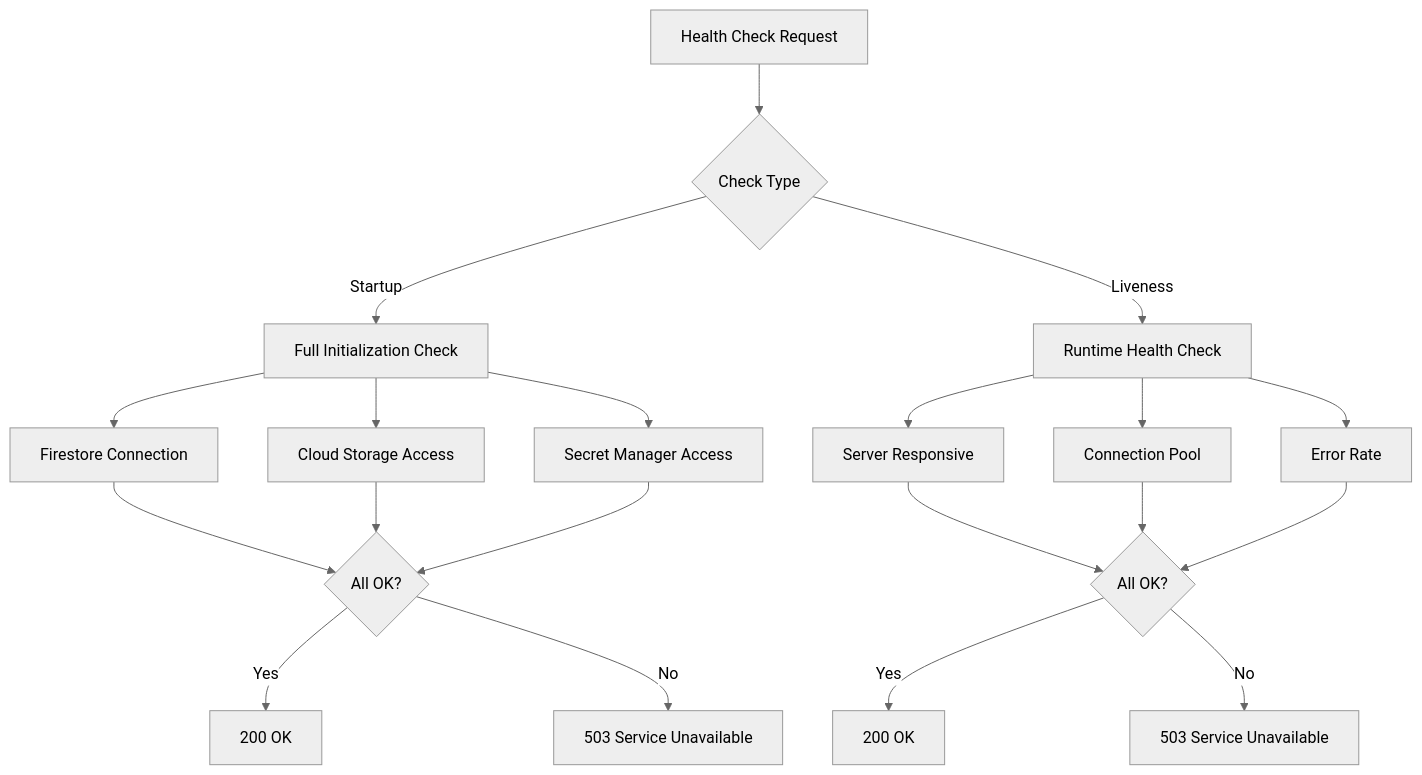
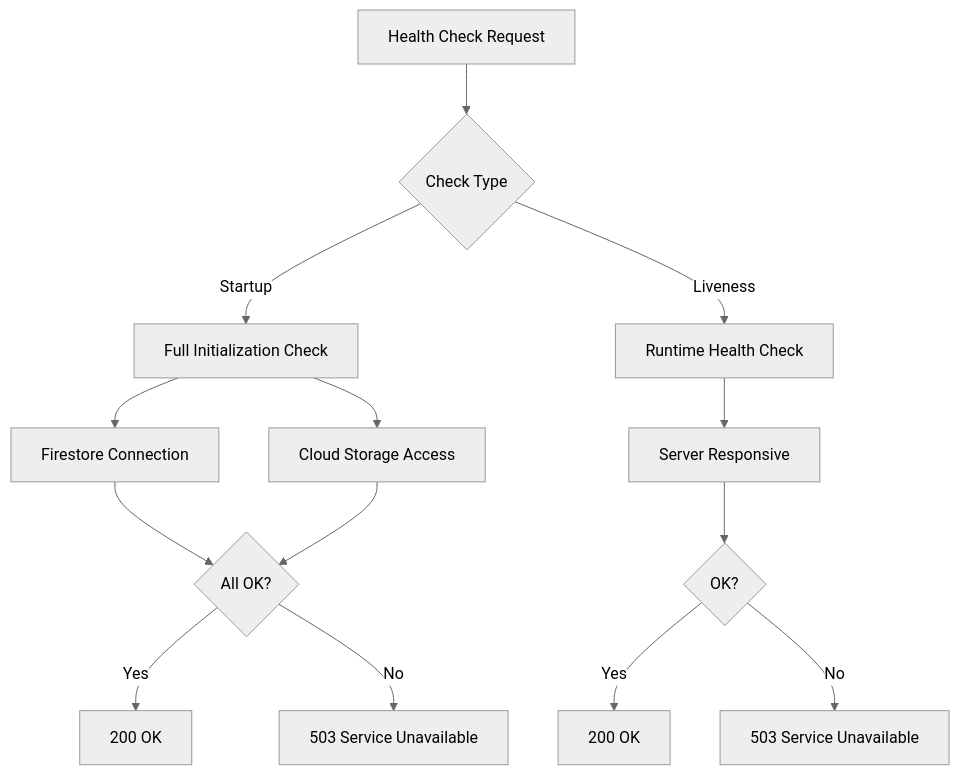
Before and after one commit to Zaba505/infra: the diagram in docs/content/r&d/services/boot/health-checks.md, drawn with Mermaid (neutral theme). The commit also changed other lines of this file and 1 other file, not shown here.

````diff
--- a/docs/content/r&d/services/boot/health-checks.md
+++ b/docs/content/r&d/services/boot/health-checks.md
@@ -178,28 +134,22 @@
 ```mermaid
 graph TD
     A[Health Check Request] --> B{Check Type}
     B -->|Startup| C[Full Initialization Check]
     B -->|Liveness| D[Runtime Health Check]
     
     C --> E[Firestore Connection]
     C --> F[Cloud Storage Access]
-    C --> G[Secret Manager Access]
     
     E --> H{All OK?}
     F --> H
-    G --> H
     
     H -->|Yes| I[200 OK]
     H -->|No| J[503 Service Unavailable]
     
     D --> K[Server Responsive]
-    D --> L[Connection Pool]
-    D --> M[Error Rate]
     
-    K --> N{All OK?}
-    L --> N
-    M --> N
+    K --> N{OK?}
     
     N -->|Yes| O[200 OK]
     N -->|No| P[503 Service Unavailable]
 ```
````
